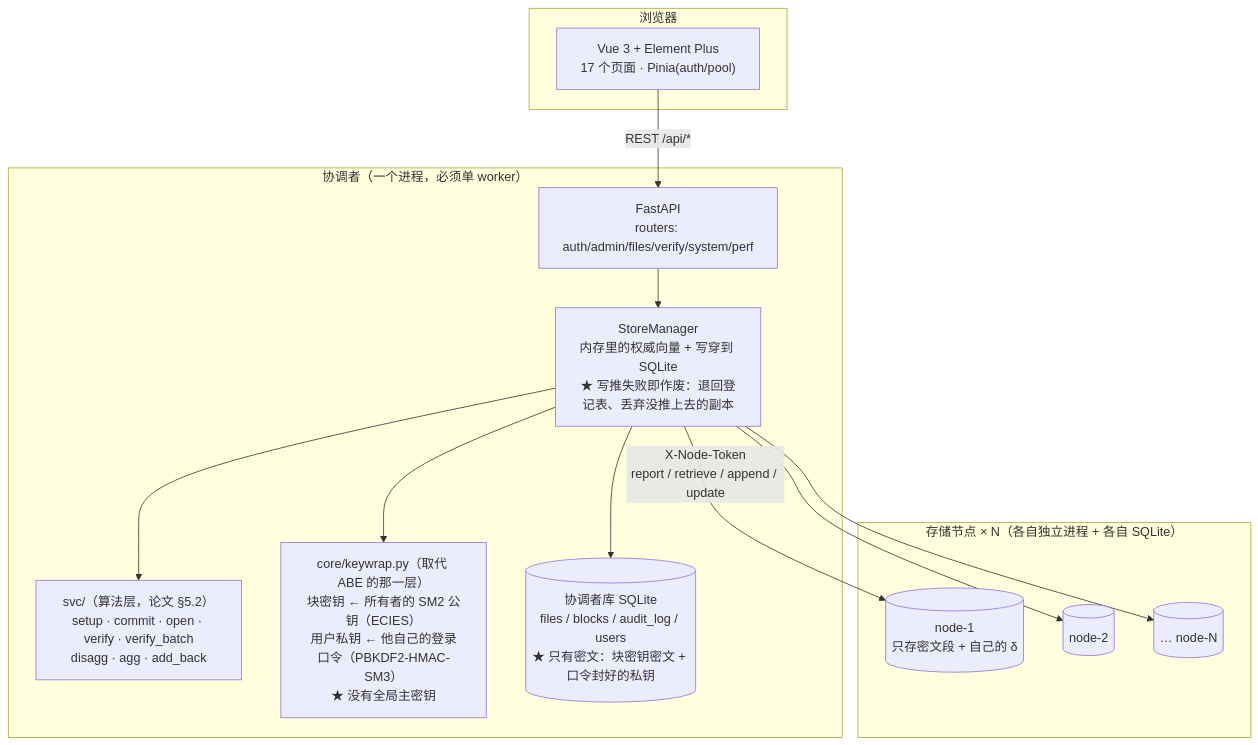
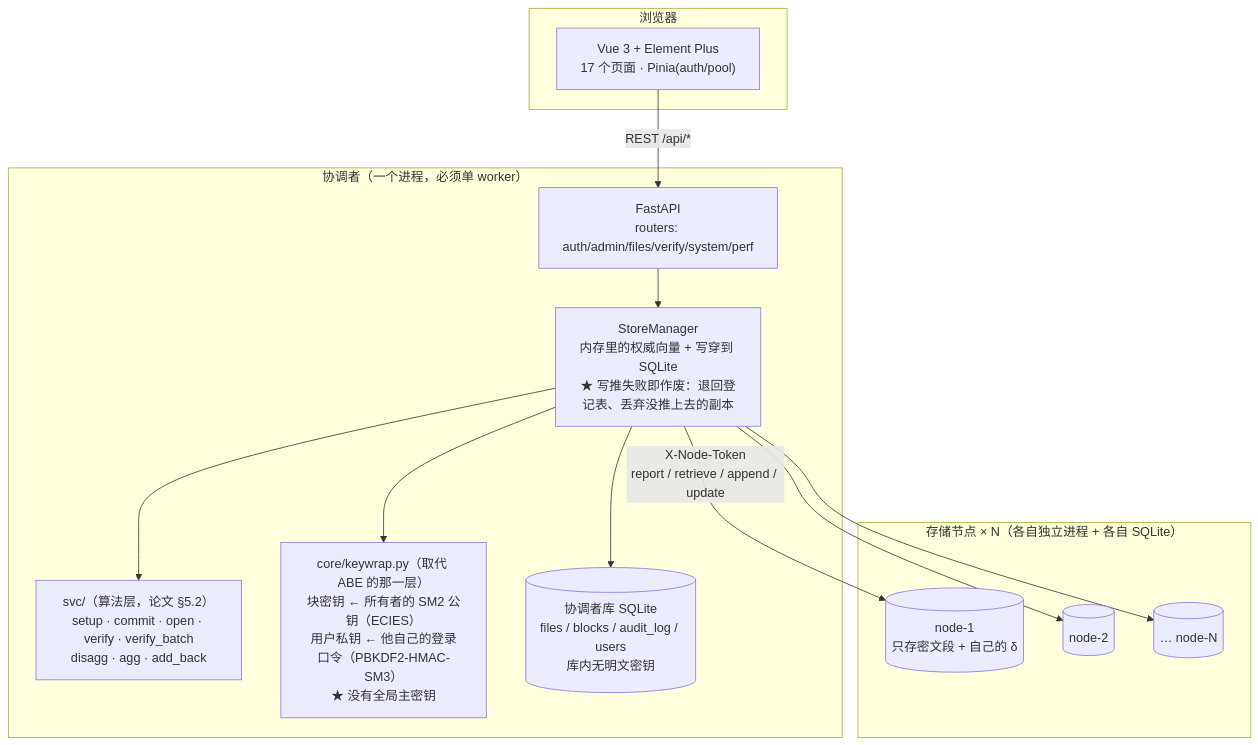
One commit to Ultimate-go/SVC-system changed the first of 3 diagrams in docs/方案设计.md. Above: the diagram before and after it, drawn with Mermaid. The commit also changed other lines of this file and 89 other files, not shown here.

````diff
--- a/docs/方案设计.md
+++ b/docs/方案设计.md
@@ -110,29 +110,29 @@
 ```mermaid
 flowchart TB
     subgraph B["浏览器"]
         UI["Vue 3 + Element Plus<br/>17 个页面 · Pinia(auth/pool)"]
     end
 
     subgraph C["协调者（一个进程，必须单 worker）"]
         API["FastAPI<br/>routers: auth/admin/files/verify/system/perf"]
         MGR["StoreManager<br/>内存里的权威向量 + 写穿到 SQLite<br/>★ 写推失败即作废：退回登记表、丢弃没推上去的副本"]
         SVC["svc/（算法层，论文 §5.2）<br/>setup · commit · open · verify · verify_batch<br/>disagg · agg · add_back"]
         KEY["core/keywrap.py（取代 ABE 的那一层）<br/>块密钥 ← 所有者的 SM2 公钥（ECIES）<br/>用户私钥 ← 他自己的登录口令（PBKDF2-HMAC-SM3）<br/>★ 没有全局主密钥"]
-        DB[("协调者库 SQLite<br/>files / blocks / audit_log / users<br/>★ 只有密文：块密钥密文 + 口令封好的私钥")]
+        DB[("协调者库 SQLite<br/>files / blocks / audit_log / users<br/>库内无明文密钥")]
     end
 
     subgraph N["存储节点 × N（各自独立进程 + 各自 SQLite）"]
         N1[("node-1<br/>只存密文段 + 自己的 δ")]
         N2[("node-2")]
         N3[("… node-N")]
     end
 
     UI -->|"REST /api/*"| API
     API --> MGR
     MGR --> SVC
     MGR --> KEY
     MGR --> DB
     MGR -->|"X-Node-Token<br/>report / retrieve / append / update"| N1
     MGR --> N2
     MGR --> N3
 ```
````
